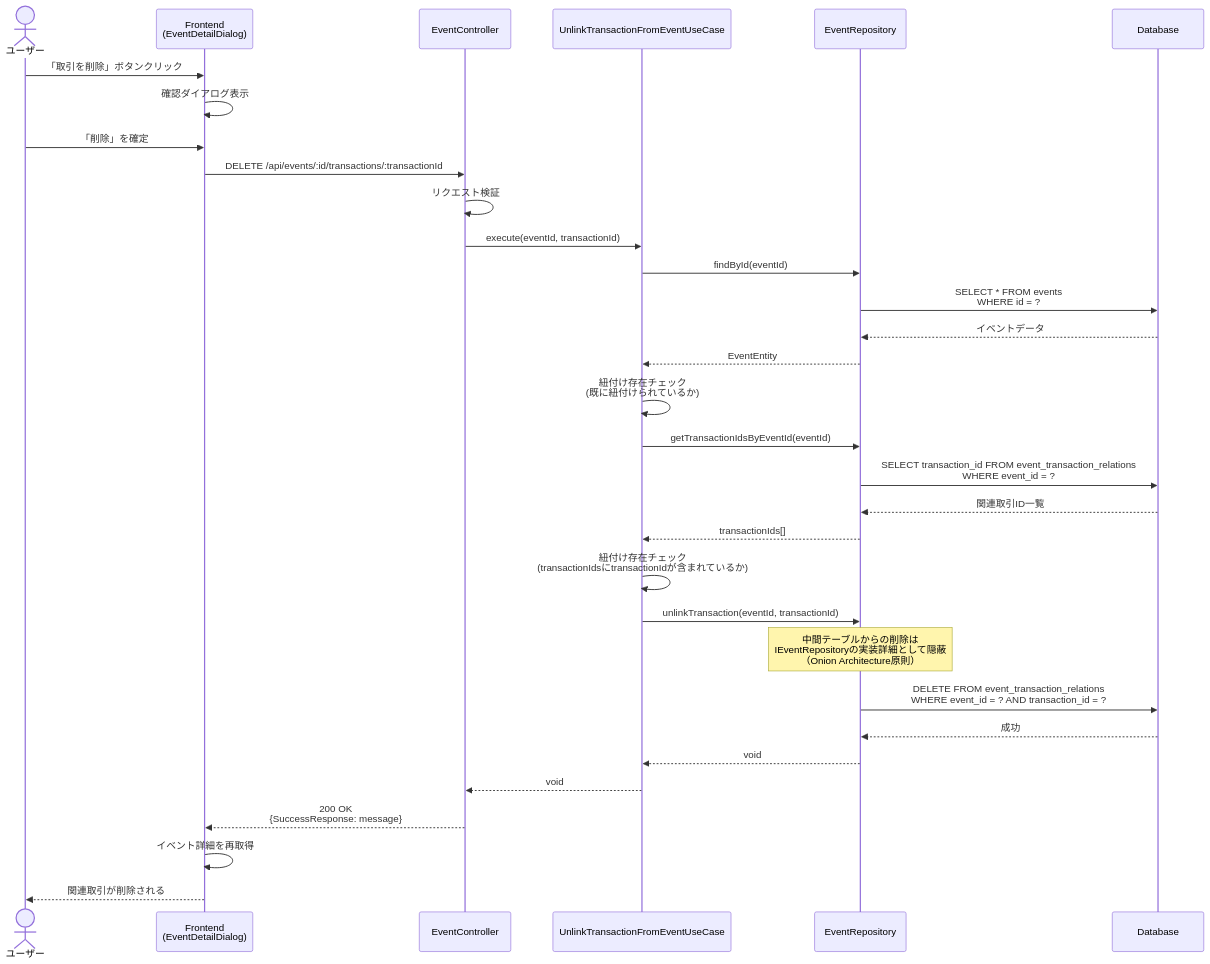
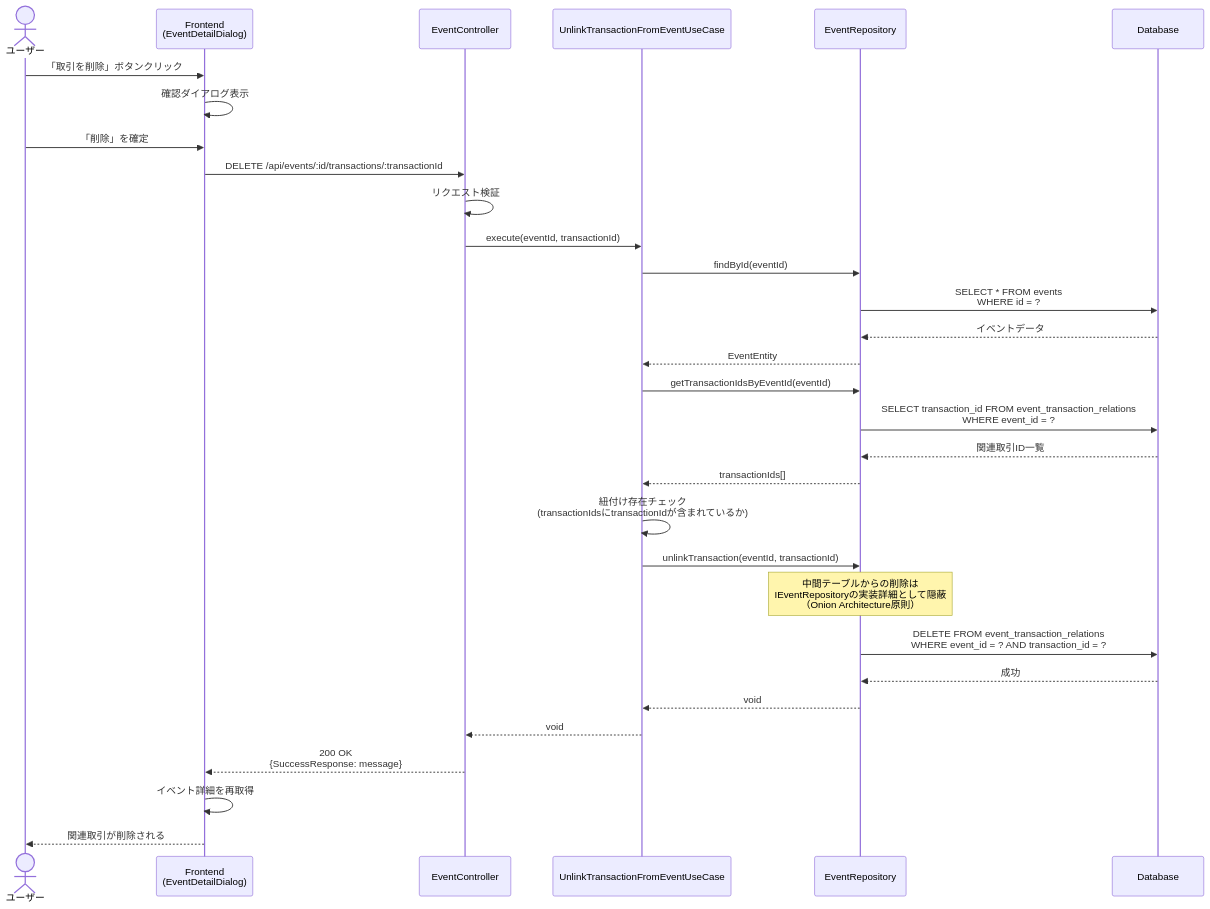
The seventh of 10 diagrams in docs/detailed-design/FR-021_event-memo/sequence-diagrams.md (kencom2400/account-book), drawn with Mermaid before and after one commit.

Commit message:
fix: 取引の紐付け解除フローから重複する概要記述を削除
- 紐付け存在チェックの概要記述と詳細フローが重複していたため、概要記述を削除
- 詳細フローのみを残して可読性を向上

````diff
--- a/docs/detailed-design/FR-021_event-memo/sequence-diagrams.md
+++ b/docs/detailed-design/FR-021_event-memo/sequence-diagrams.md
@@ -448,44 +448,42 @@
 ```mermaid
 sequenceDiagram
     actor User as ユーザー
     participant FE as Frontend<br/>(EventDetailDialog)
     participant API as EventController
     participant UC as UnlinkTransactionFromEventUseCase
     participant EventRepo as EventRepository
     participant DB as Database
 
     User->>FE: 「取引を削除」ボタンクリック
     FE->>FE: 確認ダイアログ表示
 
     User->>FE: 「削除」を確定
     FE->>API: DELETE /api/events/:id/transactions/:transactionId
 
     API->>API: リクエスト検証
     API->>UC: execute(eventId, transactionId)
 
     UC->>EventRepo: findById(eventId)
     EventRepo->>DB: SELECT * FROM events<br/>WHERE id = ?
     DB-->>EventRepo: イベントデータ
     EventRepo-->>UC: EventEntity
 
-    UC->>UC: 紐付け存在チェック<br/>(既に紐付けられているか)
-
     UC->>EventRepo: getTransactionIdsByEventId(eventId)
     EventRepo->>DB: SELECT transaction_id FROM event_transaction_relations<br/>WHERE event_id = ?
     DB-->>EventRepo: 関連取引ID一覧
     EventRepo-->>UC: transactionIds[]
 
     UC->>UC: 紐付け存在チェック<br/>(transactionIdsにtransactionIdが含まれているか)
 
     UC->>EventRepo: unlinkTransaction(eventId, transactionId)
     Note over EventRepo: 中間テーブルからの削除は<br/>IEventRepositoryの実装詳細として隠蔽<br/>（Onion Architecture原則）
     EventRepo->>DB: DELETE FROM event_transaction_relations<br/>WHERE event_id = ? AND transaction_id = ?
     DB-->>EventRepo: 成功
     EventRepo-->>UC: void
 
     UC-->>API: void
     API-->>FE: 200 OK<br/>{SuccessResponse: message}
 
     FE->>FE: イベント詳細を再取得
     FE-->>User: 関連取引が削除される
 ```
````
